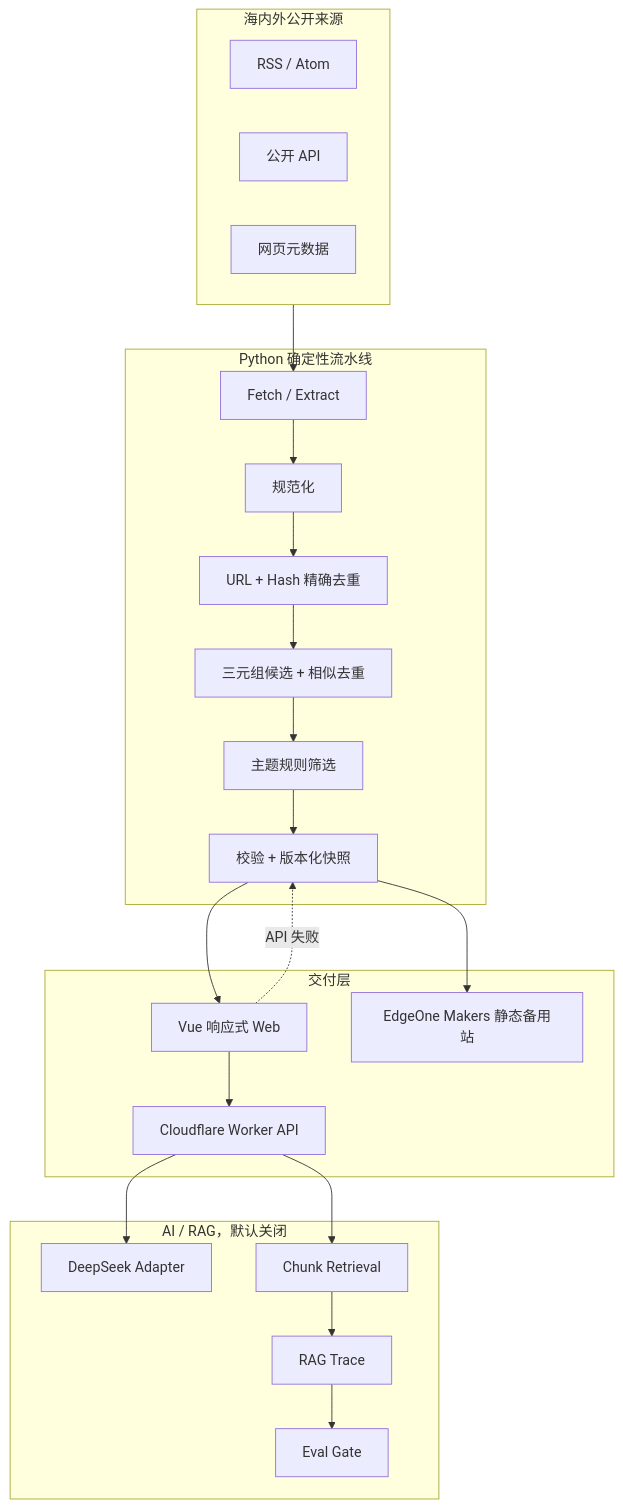
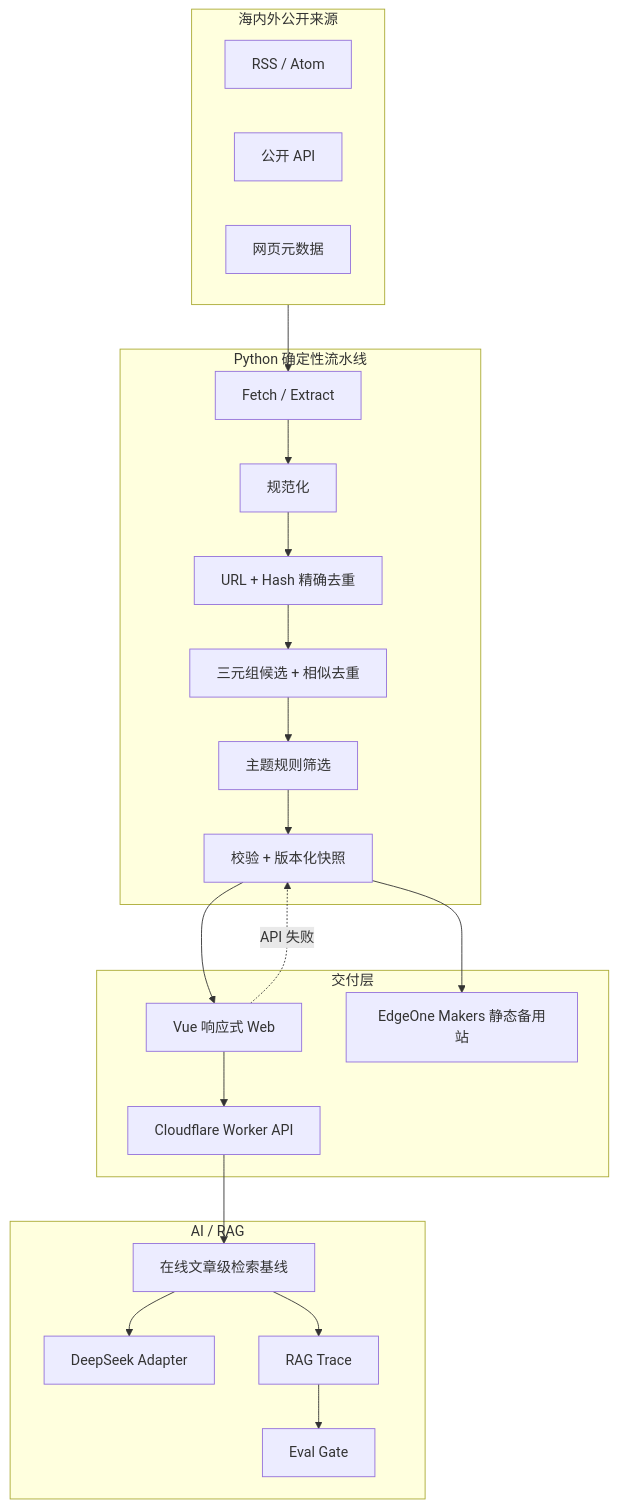
The diagram in docs/工程架构说明.md (Dyj0926D/newseviday), drawn with Mermaid before and after one commit. The commit also changed other lines of this file and 45 other files, not shown here.

Commit message:
feat: align public copy and architecture

````diff
--- a/docs/工程架构说明.md
+++ b/docs/工程架构说明.md
@@ -13,38 +13,38 @@
 ```mermaid
 flowchart TB
     subgraph Sources["海内外公开来源"]
       RSS["RSS / Atom"]
       API["公开 API"]
       WEB["网页元数据"]
     end
 
     subgraph Offline["Python 确定性流水线"]
       Fetch["Fetch / Extract"]
       Norm["规范化"]
       Exact["URL + Hash 精确去重"]
       Fuzzy["三元组候选 + 相似去重"]
       Select["主题规则筛选"]
       Snap["校验 + 版本化快照"]
     end
 
     subgraph Delivery["交付层"]
       Vue["Vue 响应式 Web"]
       Worker["Cloudflare Worker API"]
       Edge["EdgeOne Makers 静态备用站"]
     end
 
-    subgraph AI["AI / RAG，默认关闭"]
+    subgraph AI["AI / RAG"]
       Adapter["DeepSeek Adapter"]
-      Retrieve["Chunk Retrieval"]
+      Retrieve["在线文章级检索基线"]
       Trace["RAG Trace"]
       Eval["Eval Gate"]
     end
 
     Sources --> Fetch --> Norm --> Exact --> Fuzzy --> Select --> Snap
     Snap --> Vue
     Vue --> Worker
     Vue -. "API 失败" .-> Snap
     Snap --> Edge
-    Worker --> Adapter
-    Worker --> Retrieve --> Trace --> Eval
+    Worker --> Retrieve --> Adapter
+    Retrieve --> Trace --> Eval
 ```
````
